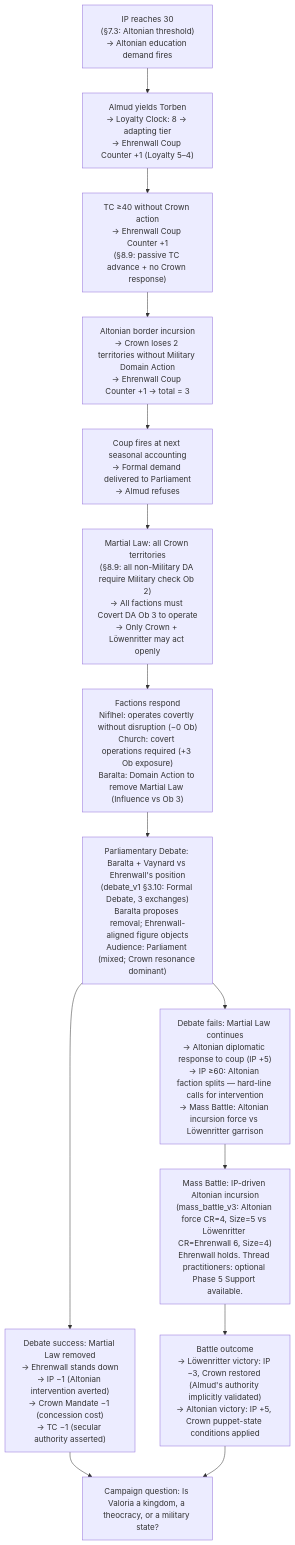
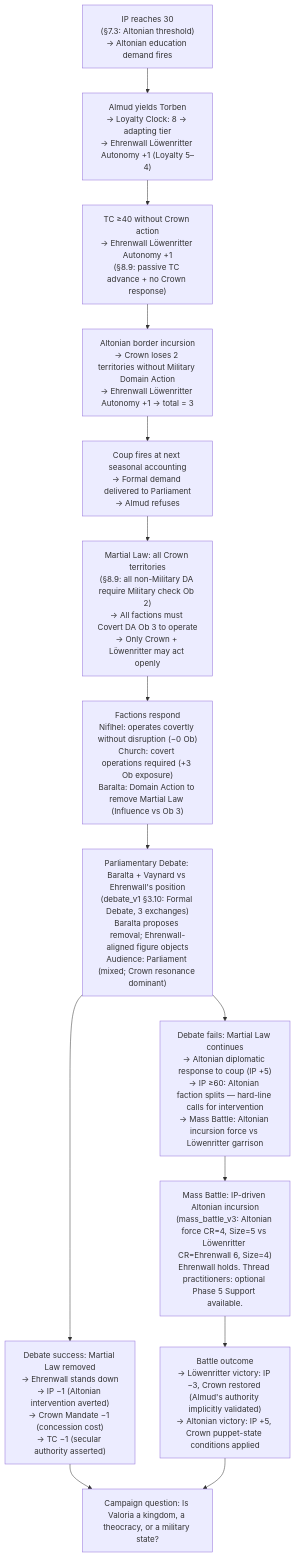
Before and after one commit to jordanelias/ttrpg: the fourth of 5 diagrams in designs/arcs/arcs_31_35.md, drawn with Mermaid. The commit also changed other lines of this file and 2 other files, not shown here.

Commit message:
[cleanup] Residual Niflhel→settlement-level + Coup Counter→Autonomy in arc files and factions_personal

````diff
--- a/designs/arcs/arcs_31_35.md
+++ b/designs/arcs/arcs_31_35.md
@@ -262,30 +262,30 @@
 ```mermaid
 flowchart TD
     A["IP reaches 30\n(§7.3: Altonian threshold)\n→ Altonian education demand fires"]
-    B["Almud yields Torben\n→ Loyalty Clock: 8 → adapting tier\n→ Ehrenwall Coup Counter +1 (Loyalty 5–4)"]
-    C["TC ≥40 without Crown action\n→ Ehrenwall Coup Counter +1\n(§8.9: passive TC advance + no Crown response)"]
-    D["Altonian border incursion\n→ Crown loses 2 territories without Military Domain Action\n→ Ehrenwall Coup Counter +1 → total = 3"]
+    B["Almud yields Torben\n→ Loyalty Clock: 8 → adapting tier\n→ Ehrenwall Löwenritter Autonomy +1 (Loyalty 5–4)"]
+    C["TC ≥40 without Crown action\n→ Ehrenwall Löwenritter Autonomy +1\n(§8.9: passive TC advance + no Crown response)"]
+    D["Altonian border incursion\n→ Crown loses 2 territories without Military Domain Action\n→ Ehrenwall Löwenritter Autonomy +1 → total = 3"]
     E["Coup fires at next seasonal accounting\n→ Formal demand delivered to Parliament\n→ Almud refuses"]
     F["Martial Law: all Crown territories\n(§8.9: all non-Military DA require Military check Ob 2)\n→ All factions must Covert DA Ob 3 to operate\n→ Only Crown + Löwenritter may act openly"]
     G["Factions respond\nNiflhel: operates covertly without disruption (−0 Ob)\nChurch: covert operations required (+3 Ob exposure)\nBaralta: Domain Action to remove Martial Law (Influence vs Ob 3)"]
     H["Parliamentary Debate: Baralta + Vaynard vs Ehrenwall's position\n(debate_v1 §3.10: Formal Debate, 3 exchanges)\nBaralta proposes removal; Ehrenwall-aligned figure objects\nAudience: Parliament (mixed; Crown resonance dominant)"]
     I1["Debate success: Martial Law removed\n→ Ehrenwall stands down\n→ IP −1 (Altonian intervention averted)\n→ Crown Mandate −1 (concession cost)\n→ TC −1 (secular authority asserted)"]
     I2["Debate fails: Martial Law continues\n→ Altonian diplomatic response to coup (IP +5)\n→ IP ≥60: Altonian faction splits — hard-line calls for intervention\n→ Mass Battle: Altonian incursion force vs Löwenritter garrison"]
     J["Mass Battle: IP-driven Altonian incursion\n(mass_battle_v3: Altonian force CR=4, Size=5 vs Löwenritter CR=Ehrenwall 6, Size=4)\nEhrenwall holds. Thread practitioners: optional Phase 5 Support available."]
     K["Battle outcome\n→ Löwenritter victory: IP −3, Crown restored (Almud's authority implicitly validated)\n→ Altonian victory: IP +5, Crown puppet-state conditions applied"]
     L["Campaign question: Is Valoria a kingdom, a theocracy, or a military state?"]
 
     A --> B
     B --> C
     C --> D
     D --> E
     E --> F
     F --> G
     G --> H
     H --> I1
     H --> I2
     I1 --> L
     I2 --> J
     J --> K
     K --> L
 ```
````
